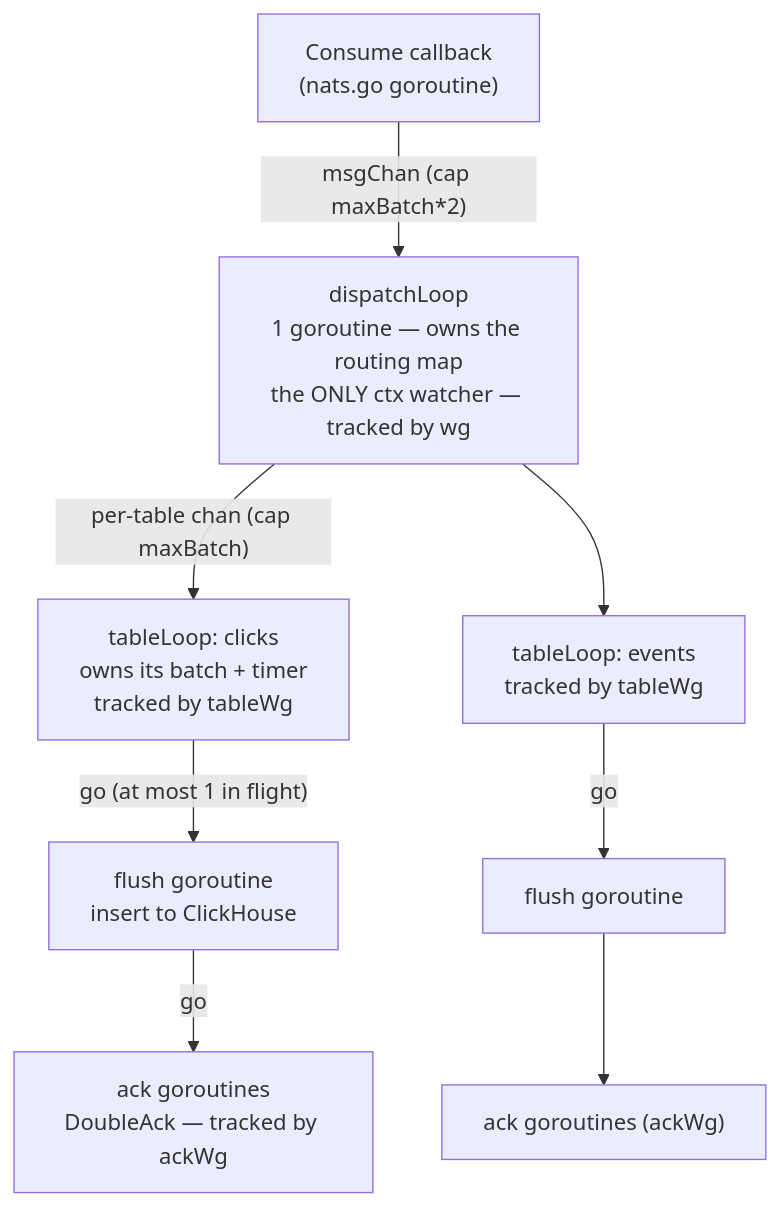
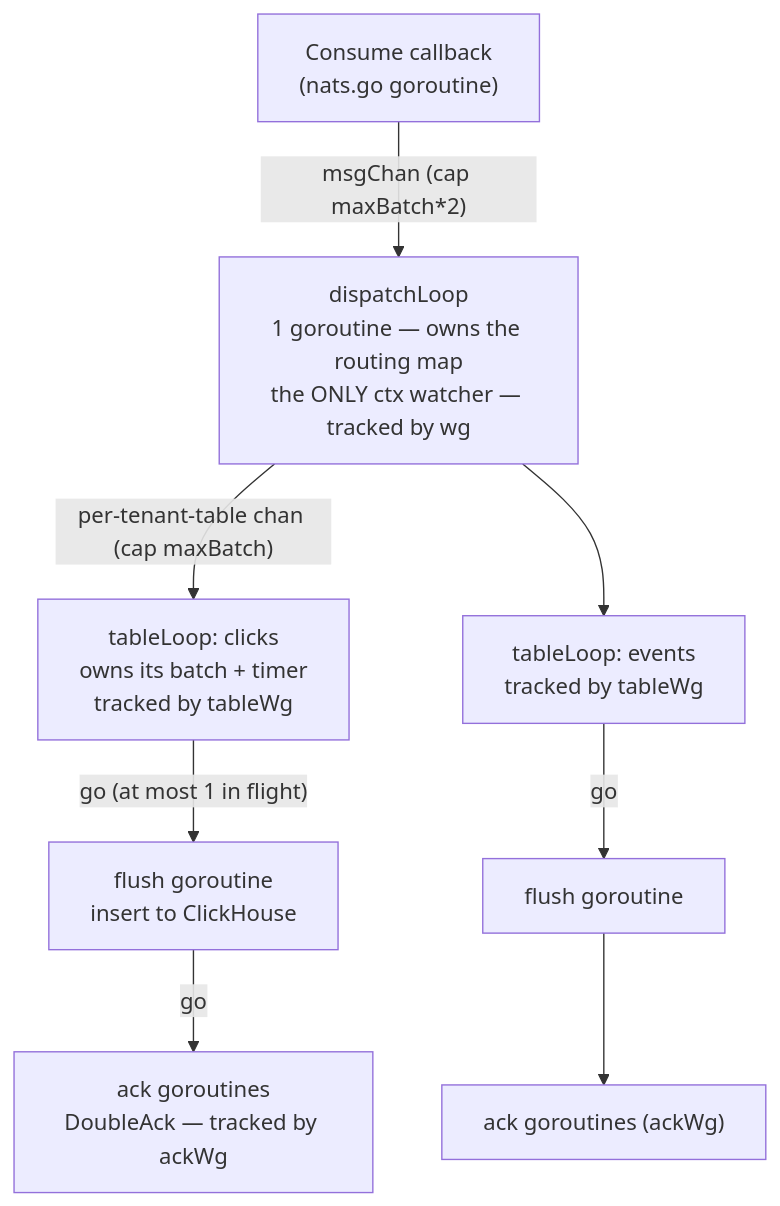
One commit to Wave-RF/WaveHouse changed the third of 8 diagrams in docs/src/content/docs/ingest-pipeline.md. Above: the diagram before and after it, drawn with Mermaid. The commit also changed other lines of this file and 14 other files, not shown here.

````diff
--- a/docs/src/content/docs/ingest-pipeline.md
+++ b/docs/src/content/docs/ingest-pipeline.md
@@ -93,11 +94,11 @@
 ```mermaid
 flowchart TD
     CB["Consume callback<br/>(nats.go goroutine)"] -->|"msgChan (cap maxBatch*2)"| D
     D["dispatchLoop<br/>1 goroutine — owns the routing map<br/>the ONLY ctx watcher — tracked by wg"]
-    D -->|"per-table chan (cap maxBatch)"| T1["tableLoop: clicks<br/>owns its batch + timer<br/>tracked by tableWg"]
+    D -->|"per-tenant-table chan (cap maxBatch)"| T1["tableLoop: clicks<br/>owns its batch + timer<br/>tracked by tableWg"]
     D --> T2["tableLoop: events<br/>tracked by tableWg"]
     T1 -->|"go (at most 1 in flight)"| F1["flush goroutine<br/>insert to ClickHouse"]
     F1 -->|"go"| A1["ack goroutines<br/>DoubleAck — tracked by ackWg"]
     T2 -->|"go"| F2["flush goroutine"]
     F2 --> A2["ack goroutines (ackWg)"]
 ```
````
